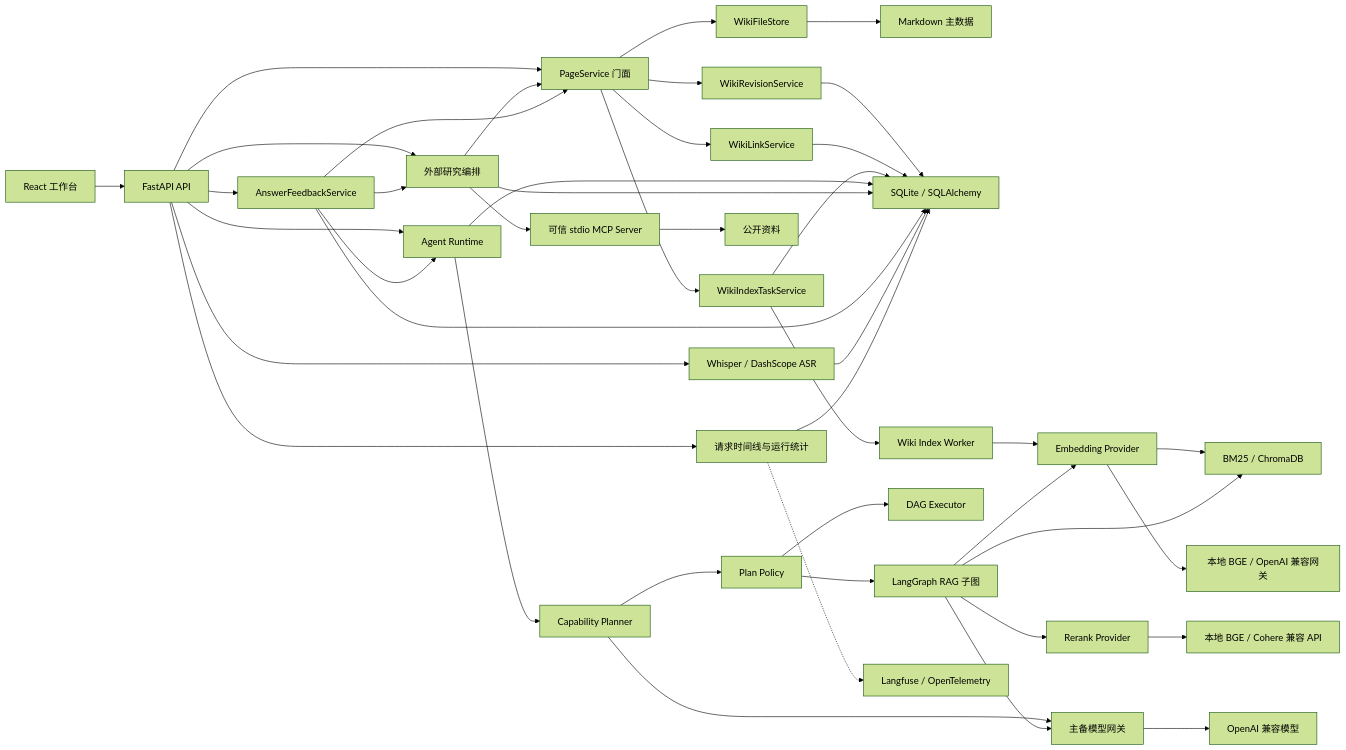
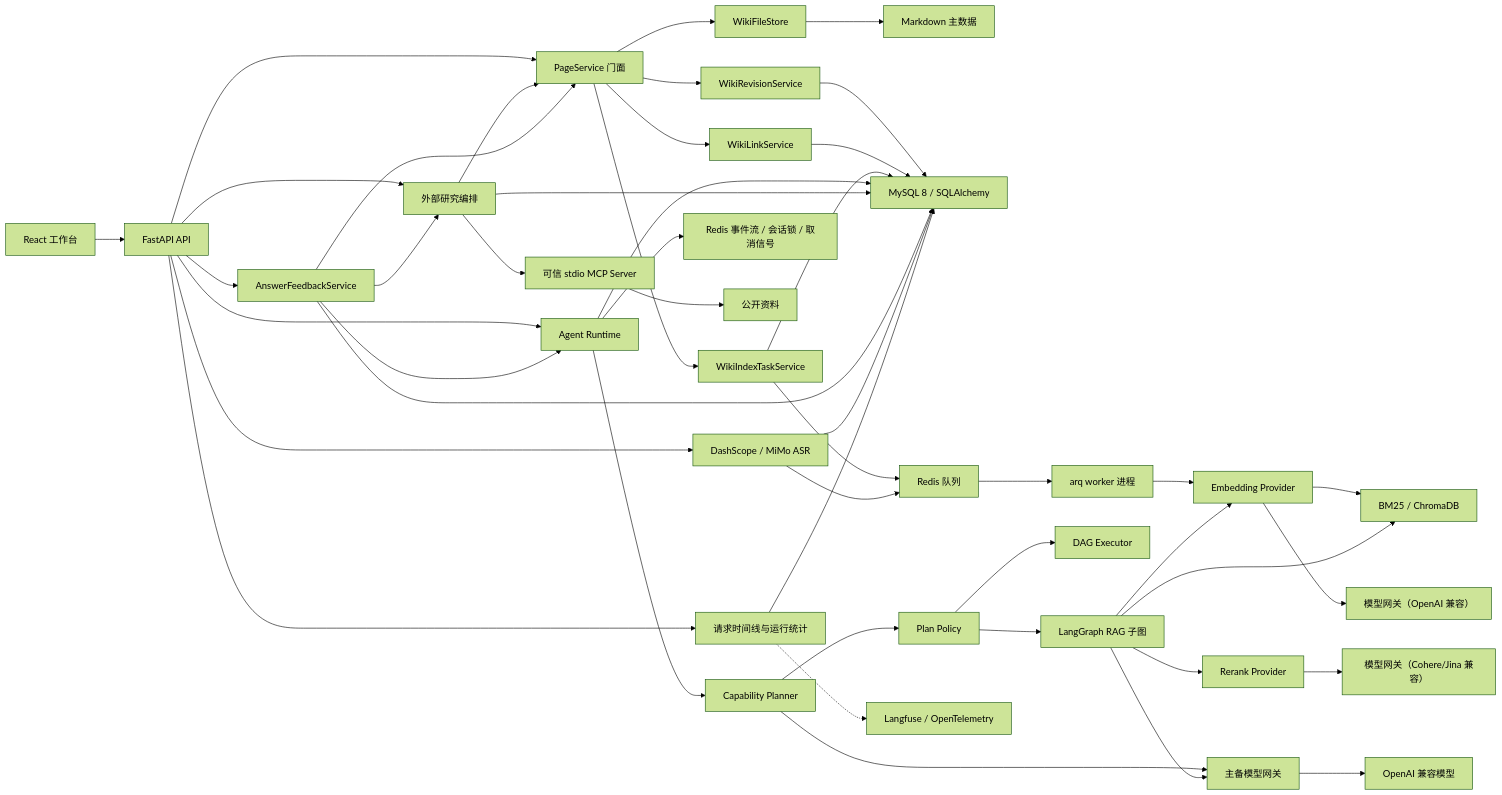
The diagram in docs/architecture/overview.md (3336-zheng/zhiyu-voice-assistant), drawn with Mermaid (forest theme) before and after one commit. The commit also changed other lines of this file and 8 other files, not shown here.

````diff
--- a/docs/architecture/overview.md
+++ b/docs/architecture/overview.md
@@ -11,45 +36,48 @@
 ```mermaid
 flowchart LR
     UI["React 工作台"] --> API["FastAPI API"]
     API --> PAGE["PageService 门面"]
     PAGE --> FILE["WikiFileStore"]
     PAGE --> REV["WikiRevisionService"]
     PAGE --> LINK["WikiLinkService"]
     PAGE --> TASK["WikiIndexTaskService"]
     FILE --> MD["Markdown 主数据"]
-    REV --> DB["SQLite / SQLAlchemy"]
+    REV --> DB["MySQL 8 / SQLAlchemy"]
     LINK --> DB
     TASK --> DB
-    TASK --> WORKER["Wiki Index Worker"]
+    TASK --> QUEUE["Redis 队列"]
+    QUEUE --> WORKER["arq worker 进程"]
     WORKER --> EMBED["Embedding Provider"]
     EMBED --> SEARCH["BM25 / ChromaDB"]
     API --> RUNTIME["Agent Runtime"]
     RUNTIME --> PLANNER["Capability Planner"]
     RUNTIME --> DB
+    RUNTIME --> STATE["Redis 事件流 / 会话锁 / 取消信号"]
     PLANNER --> POLICY["Plan Policy"]
     POLICY --> EXECUTOR["DAG Executor"]
     POLICY --> RETRIEVAL["LangGraph RAG 子图"]
     RETRIEVAL --> EMBED
     RETRIEVAL --> SEARCH
     RETRIEVAL --> RERANK["Rerank Provider"]
-    EMBED --> EMODEL["本地 BGE / OpenAI 兼容网关"]
-    RERANK --> RMODEL["本地 BGE / Cohere 兼容 API"]
+    EMBED --> EMODEL["模型网关（OpenAI 兼容）"]
+    RERANK --> RMODEL["模型网关（Cohere/Jina 兼容）"]
     PLANNER --> GATEWAY["主备模型网关"]
     RETRIEVAL --> GATEWAY
     GATEWAY --> LLM["OpenAI 兼容模型"]
     API --> RESEARCH["外部研究编排"]
     RESEARCH --> MCP["可信 stdio MCP Server"]
     MCP --> WEB["公开资料"]
     RESEARCH --> DB
     RESEARCH --> PAGE
     API --> FEEDBACK["AnswerFeedbackService"]
     FEEDBACK --> RESEARCH
     FEEDBACK --> PAGE
     FEEDBACK --> RUNTIME
     FEEDBACK --> DB
-    API --> AUDIO["Whisper / DashScope ASR"]
+    API --> AUDIO["DashScope / MiMo ASR"]
+    AUDIO --> QUEUE
     AUDIO --> DB
     API --> OBS["请求时间线与运行统计"]
     OBS --> DB
     OBS -.-> TRACE["Langfuse / OpenTelemetry"]
 ```
````
